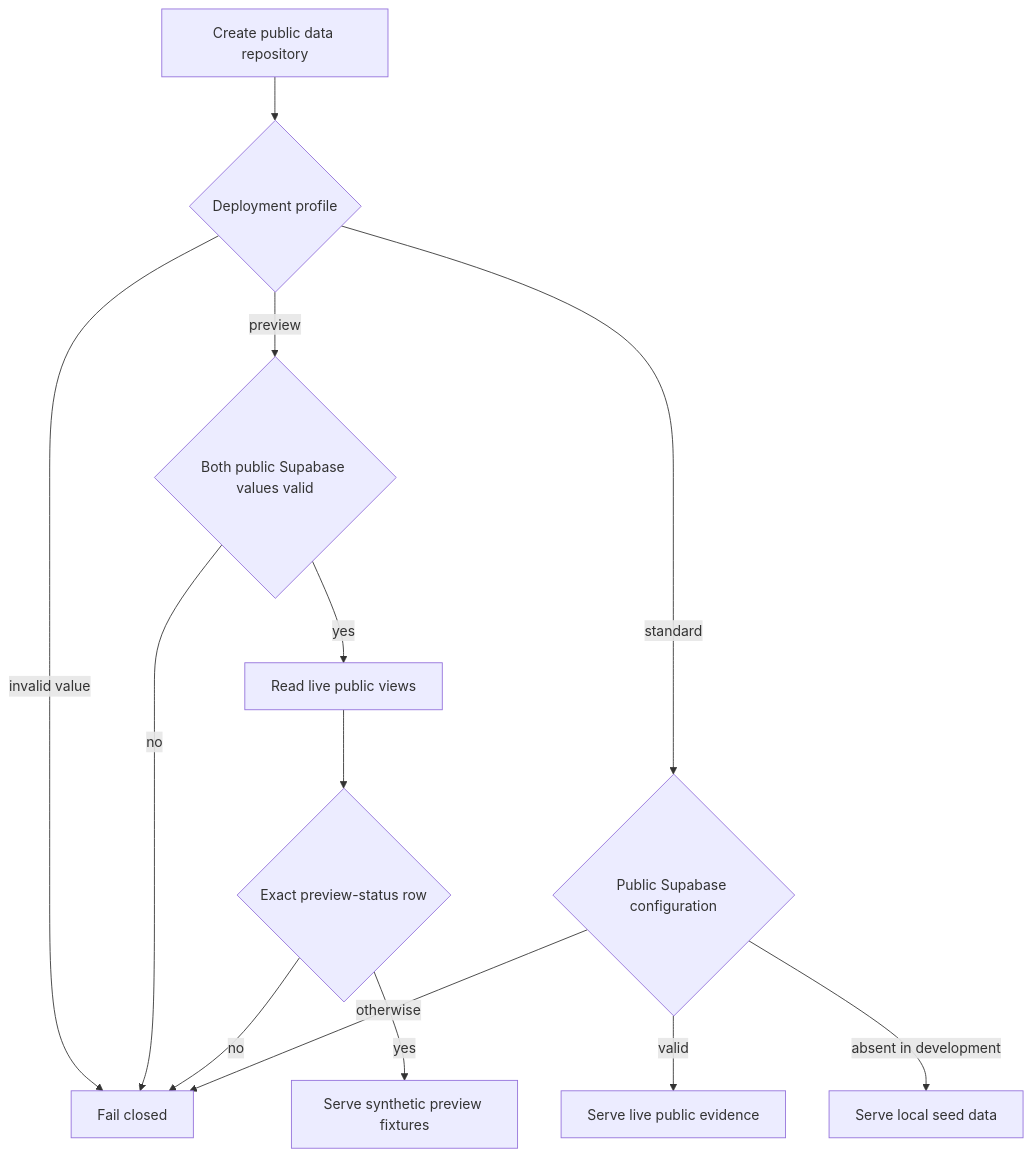
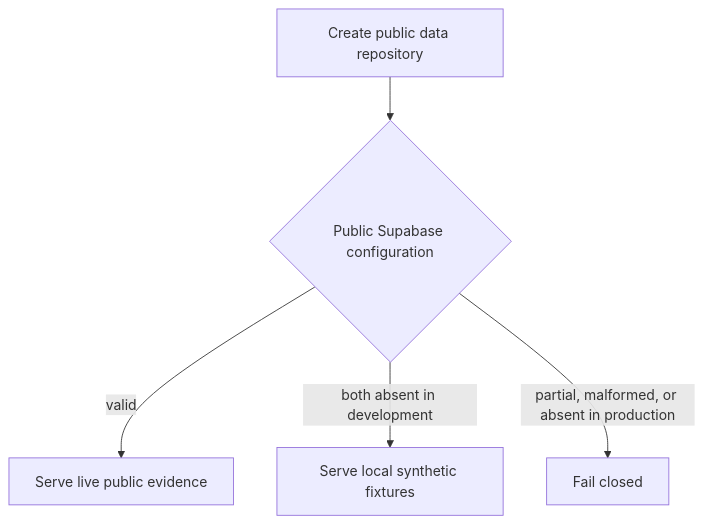
Before and after one commit to acg-box/aiq: the third of 3 diagrams in openwiki/architecture-and-runtime.md, drawn with Mermaid. The commit also changed other lines of this file and 101 other files, not shown here.

````diff
--- a/openwiki/architecture-and-runtime.md
+++ b/openwiki/architecture-and-runtime.md
@@ -215,15 +225,7 @@
 ```mermaid
 flowchart TD
-    Start["Create public data repository"] --> Profile{"Deployment profile"}
-    Profile -->|invalid value| Invalid["Fail closed"]
-    Profile -->|preview| PublicConfig{"Both public Supabase values valid"}
-    PublicConfig -->|no| Invalid
-    PublicConfig -->|yes| Live["Read live public views"]
-    Live --> Empty{"Exact preview-status row"}
-    Empty -->|no| Invalid
-    Empty -->|yes| Preview["Serve synthetic preview fixtures"]
-    Profile -->|standard| Standard{"Public Supabase configuration"}
-    Standard -->|valid| Production["Serve live public evidence"]
-    Standard -->|absent in development| Seed["Serve local seed data"]
-    Standard -->|otherwise| Invalid
+    Start["Create public data repository"] --> Config{"Public Supabase configuration"}
+    Config -->|valid| Production["Serve live public evidence"]
+    Config -->|both absent in development| Seed["Serve local synthetic fixtures"]
+    Config -->|partial, malformed, or absent in production| Invalid["Fail closed"]
 ```
````
